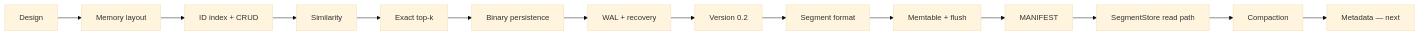
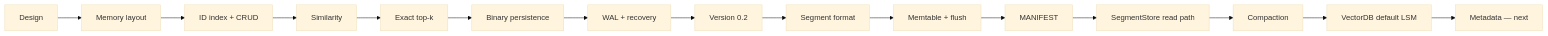
One commit to Kumario1/vectorDB changed the first of 6 diagrams in README.md. Above: the diagram before and after it, drawn with Mermaid (base theme). The commit also changed other lines of this file and 12 other files, not shown here.

First line of the commit message:
feat: make SegmentStore the default VectorDB backend

````diff
--- a/README.md
+++ b/README.md
@@ -11,16 +11,17 @@
 ```mermaid
 flowchart LR
   D[Design] --> L[Memory layout]
   L --> I[ID index + CRUD]
   I --> S[Similarity]
   S --> K[Exact top-k]
   K --> P[Binary persistence]
   P --> W[WAL + recovery]
   W --> V02[Version 0.2]
   V02 --> SegFmt[Segment format]
   SegFmt --> Mem[Memtable + flush]
   Mem --> Man[MANIFEST]
   Man --> Read[SegmentStore read path]
   Read --> Comp[Compaction]
-  Comp --> M8[Metadata — next]
+  Comp --> LSM[VectorDB default LSM]
+  LSM --> M8[Metadata — next]
 ```
````
